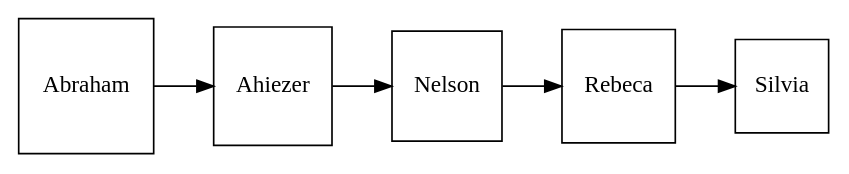
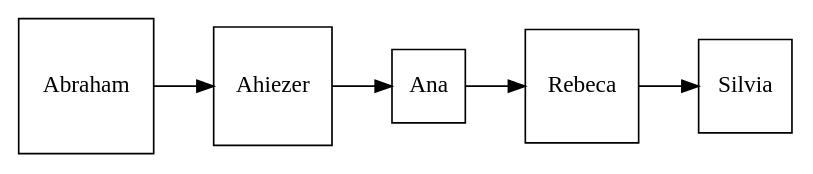
One commit to AhiezerRamirez/EDD_1S2020_PY1_201709062 changed the diagram in inorder.dot. Above: the diagram before and after it, drawn with Graphviz. The commit also changed 33 other files, not shown here.

```diff
--- a/inorder.dot
+++ b/inorder.dot
@@ -1,5 +1,5 @@
 digraph G {
  node [shape = square]; 
  graph [rankdir=LR];
-Abraham -> Ahiezer -> Nelson -> Rebeca -> Silvia 
+Abraham -> Ahiezer -> Ana -> Rebeca -> Silvia 
  }
```
